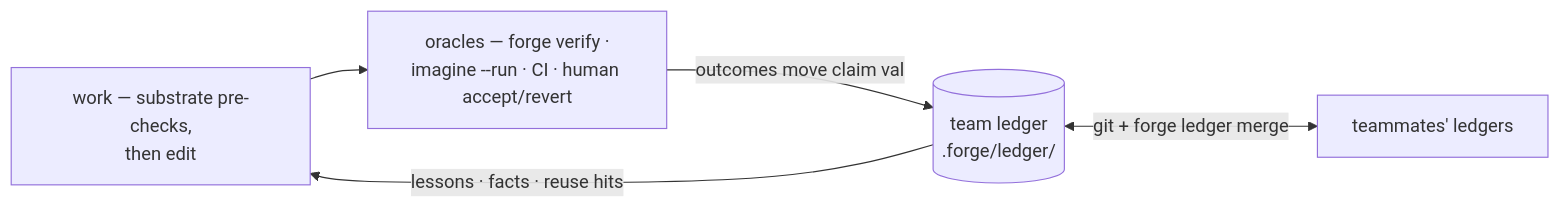
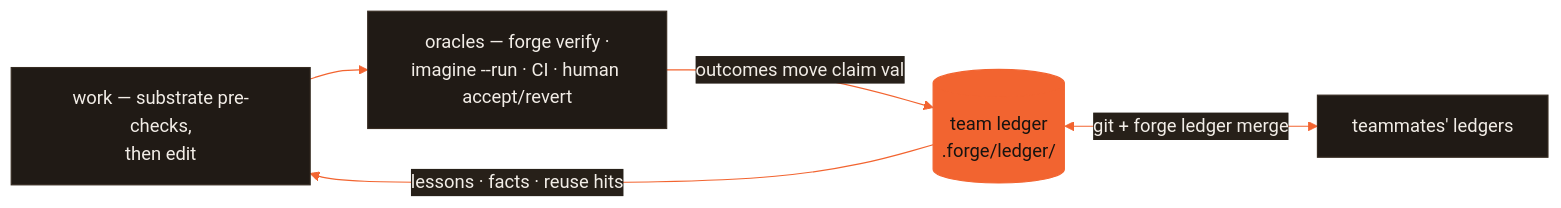
One commit to CodeWithJuber/forgekit changed the diagram in docs/GUIDE.md. Above: the diagram before and after it, drawn with Mermaid. The commit also changed other lines of this file and 14 other files, not shown here.

````diff
--- a/docs/GUIDE.md
+++ b/docs/GUIDE.md
@@ -45,7 +71,10 @@
 ```mermaid
+%%{init: {'theme':'base','themeVariables':{'primaryColor':'#201a15','primaryTextColor':'#f2ede7','primaryBorderColor':'#372c22','lineColor':'#f26430','secondaryColor':'#272019','tertiaryColor':'#171310','fontFamily':'ui-sans-serif, system-ui, sans-serif'}}}%%
 flowchart LR
     W["work — substrate pre-checks,<br/>then edit"] --> O["oracles — forge verify ·<br/>imagine --run · CI · human accept/revert"]
     O -->|"outcomes move claim val"| L[("team ledger<br/>.forge/ledger/")]
     L <-->|"git + forge ledger merge"| T["teammates' ledgers"]
     L -->|"lessons · facts · reuse hits"| W
+    classDef accent fill:#f26430,stroke:#f26430,color:#171310;
+    class L accent;
 ```
````
